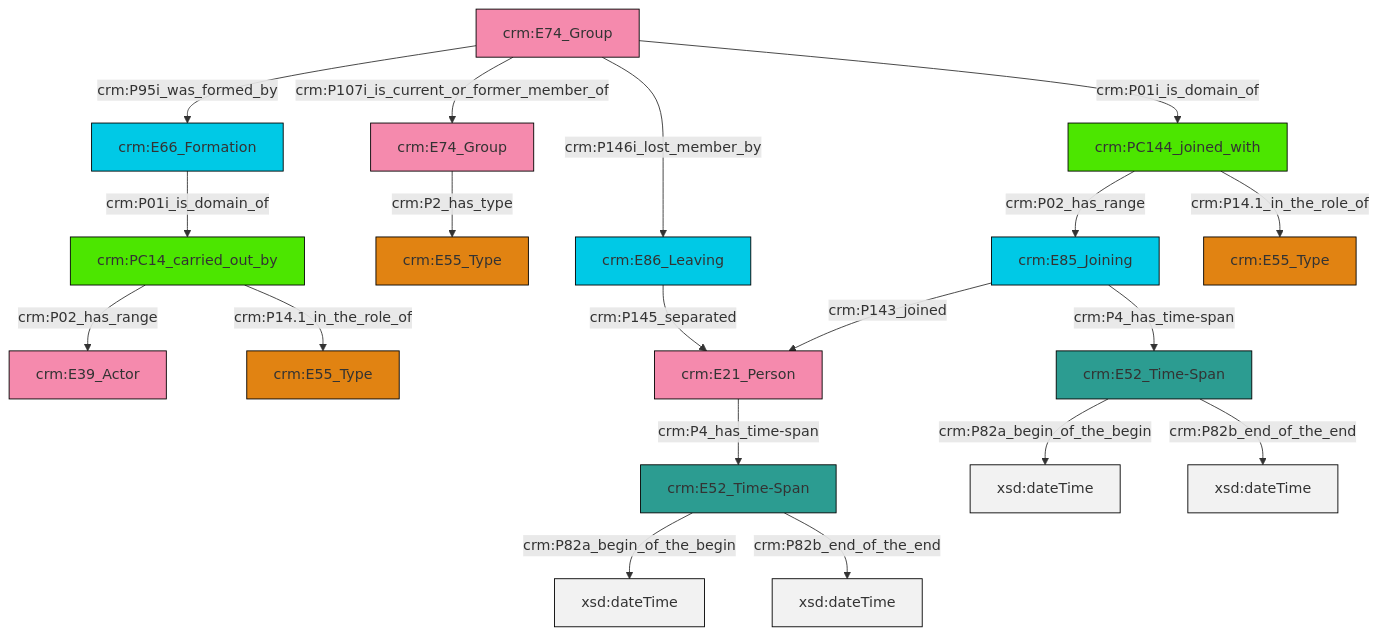
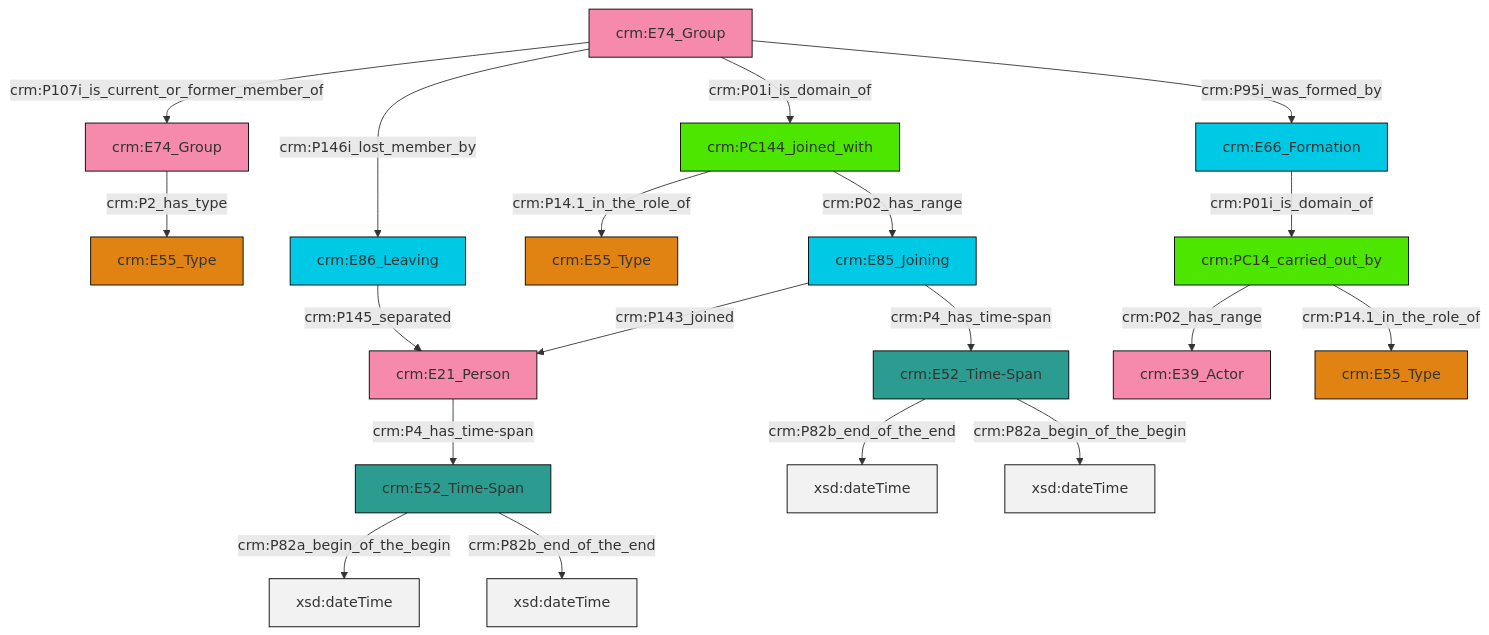
The diagram in et/groupCSV/ttl/mmd/group_actor_relations.ttl.mmd (swiss-art-research-net/docs.swissartresearch), drawn with Mermaid before and after one commit. The commit also changed 204 other files, not shown here.

```diff
--- a/et/groupCSV/ttl/mmd/group_actor_relations.ttl.mmd
+++ b/et/groupCSV/ttl/mmd/group_actor_relations.ttl.mmd
@@ -1,33 +1,33 @@
 graph TD
 classDef Literal fill:#f2f2f2,stroke:#000000;
 classDef CRM_Entity fill:#FFFFFF,stroke:#000000;
 classDef Temporal_Entity fill:#00C9E6, stroke:#000000;
 classDef Type fill:#E18312, stroke:#000000;
 classDef Time-Span fill:#2C9C91, stroke:#000000;
 classDef Appellation fill:#FFEB7F, stroke:#000000;
 classDef Place fill:#008836, stroke:#000000;
 classDef Persistent_Item fill:#B266B2, stroke:#000000;
 classDef Conceptual_Object fill:#FFD700, stroke:#000000;
 classDef Physical_Thing fill:#D2B48C, stroke:#000000;
 classDef Actor fill:#f58aad, stroke:#000000;
 classDef PC_Classes fill:#4ce600, stroke:#000000;
 classDef Multi fill:#cccccc,stroke:#000000;
 
-0["crm:E52_Time-Span"]:::Time-Span -->|crm:P82a_begin_of_the_begin| 1[xsd:dateTime]:::Literal
-2["crm:PC14_carried_out_by"]:::PC_Classes -->|crm:P02_has_range| 4["crm:E39_Actor"]:::Actor
-5["crm:PC144_joined_with"]:::PC_Classes -->|crm:P02_has_range| 6["crm:E85_Joining"]:::Temporal_Entity
-7["crm:E74_Group"]:::Actor -->|crm:P95i_was_formed_by| 8["crm:E66_Formation"]:::Temporal_Entity
-7["crm:E74_Group"]:::Actor -->|crm:P107i_is_current_or_former_member_of| 9["crm:E74_Group"]:::Actor
-7["crm:E74_Group"]:::Actor -->|crm:P146i_lost_member_by| 20["crm:E86_Leaving"]:::Temporal_Entity
-7["crm:E74_Group"]:::Actor -->|crm:P01i_is_domain_of| 5["crm:PC144_joined_with"]:::PC_Classes
-22["crm:E52_Time-Span"]:::Time-Span -->|crm:P82a_begin_of_the_begin| 23[xsd:dateTime]:::Literal
-12["crm:E21_Person"]:::Actor -->|crm:P4_has_time-span| 22["crm:E52_Time-Span"]:::Time-Span
-6["crm:E85_Joining"]:::Temporal_Entity -->|crm:P143_joined| 12["crm:E21_Person"]:::Actor
-0["crm:E52_Time-Span"]:::Time-Span -->|crm:P82b_end_of_the_end| 25[xsd:dateTime]:::Literal
-8["crm:E66_Formation"]:::Temporal_Entity -->|crm:P01i_is_domain_of| 2["crm:PC14_carried_out_by"]:::PC_Classes
-2["crm:PC14_carried_out_by"]:::PC_Classes -->|crm:P14.1_in_the_role_of| 16["crm:E55_Type"]:::Type
-22["crm:E52_Time-Span"]:::Time-Span -->|crm:P82b_end_of_the_end| 28[xsd:dateTime]:::Literal
-9["crm:E74_Group"]:::Actor -->|crm:P2_has_type| 14["crm:E55_Type"]:::Type
-6["crm:E85_Joining"]:::Temporal_Entity -->|crm:P4_has_time-span| 0["crm:E52_Time-Span"]:::Time-Span
-20["crm:E86_Leaving"]:::Temporal_Entity -->|crm:P145_separated| 12["crm:E21_Person"]:::Actor
-5["crm:PC144_joined_with"]:::PC_Classes -->|crm:P14.1_in_the_role_of| 29["crm:E55_Type"]:::Type
+6["crm:PC14_carried_out_by"]:::PC_Classes -->|crm:P02_has_range| 7["crm:E39_Actor"]:::Actor
+2["crm:E74_Group"]:::Actor -->|crm:P107i_is_current_or_former_member_of| 8["crm:E74_Group"]:::Actor
+9["crm:E21_Person"]:::Actor -->|crm:P4_has_time-span| 10["crm:E52_Time-Span"]:::Time-Span
+10["crm:E52_Time-Span"]:::Time-Span -->|crm:P82a_begin_of_the_begin| 14[xsd:dateTime]:::Literal
+15["crm:E52_Time-Span"]:::Time-Span -->|crm:P82b_end_of_the_end| 16[xsd:dateTime]:::Literal
+2["crm:E74_Group"]:::Actor -->|crm:P146i_lost_member_by| 0["crm:E86_Leaving"]:::Temporal_Entity
+11["crm:E85_Joining"]:::Temporal_Entity -->|crm:P143_joined| 9["crm:E21_Person"]:::Actor
+11["crm:E85_Joining"]:::Temporal_Entity -->|crm:P4_has_time-span| 15["crm:E52_Time-Span"]:::Time-Span
+19["crm:E66_Formation"]:::Temporal_Entity -->|crm:P01i_is_domain_of| 6["crm:PC14_carried_out_by"]:::PC_Classes
+8["crm:E74_Group"]:::Actor -->|crm:P2_has_type| 24["crm:E55_Type"]:::Type
+0["crm:E86_Leaving"]:::Temporal_Entity -->|crm:P145_separated| 9["crm:E21_Person"]:::Actor
+2["crm:E74_Group"]:::Actor -->|crm:P01i_is_domain_of| 25["crm:PC144_joined_with"]:::PC_Classes
+6["crm:PC14_carried_out_by"]:::PC_Classes -->|crm:P14.1_in_the_role_of| 17["crm:E55_Type"]:::Type
+25["crm:PC144_joined_with"]:::PC_Classes -->|crm:P14.1_in_the_role_of| 4["crm:E55_Type"]:::Type
+25["crm:PC144_joined_with"]:::PC_Classes -->|crm:P02_has_range| 11["crm:E85_Joining"]:::Temporal_Entity
+2["crm:E74_Group"]:::Actor -->|crm:P95i_was_formed_by| 19["crm:E66_Formation"]:::Temporal_Entity
+15["crm:E52_Time-Span"]:::Time-Span -->|crm:P82a_begin_of_the_begin| 32[xsd:dateTime]:::Literal
+10["crm:E52_Time-Span"]:::Time-Span -->|crm:P82b_end_of_the_end| 33[xsd:dateTime]:::Literal
```
